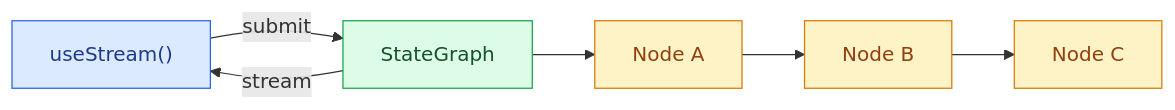
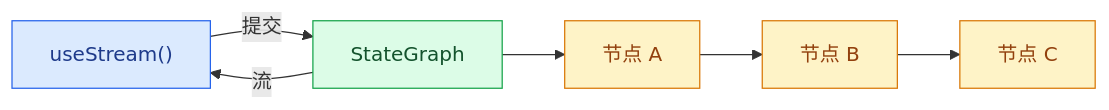
The diagram in oss/javascript/langgraph/frontend/overview.mdx (kunfan96/cndocs-langchain), drawn with Mermaid before and after one commit. The commit also changed other lines of this file and 2498 other files, not shown here.

````diff
--- a/oss/javascript/langgraph/frontend/overview.mdx
+++ b/oss/javascript/langgraph/frontend/overview.mdx
@@ -12,29 +12,29 @@
 ```mermaid
 %%{
   init: {
     "fontFamily": "monospace",
     "flowchart": {
       "curve": "curve"
     }
   }
 }%%
 graph LR
   FRONTEND["useStream()"]
   GRAPH["StateGraph"]
-  N1["Node A"]
-  N2["Node B"]
-  N3["Node C"]
+  N1["节点 A"]
+  N2["节点 B"]
+  N3["节点 C"]
 
-  GRAPH --"stream"--> FRONTEND
-  FRONTEND --"submit"--> GRAPH
+  GRAPH --"流"--> FRONTEND
+  FRONTEND --"提交"--> GRAPH
   GRAPH --> N1
   N1 --> N2
   N2 --> N3
 
   classDef blueHighlight fill:#DBEAFE,stroke:#2563EB,color:#1E3A8A;
   classDef greenHighlight fill:#DCFCE7,stroke:#16A34A,color:#14532D;
   classDef orangeHighlight fill:#FEF3C7,stroke:#D97706,color:#92400E;
   class FRONTEND blueHighlight;
   class GRAPH greenHighlight;
   class N1,N2,N3 orangeHighlight;
 ```
````
